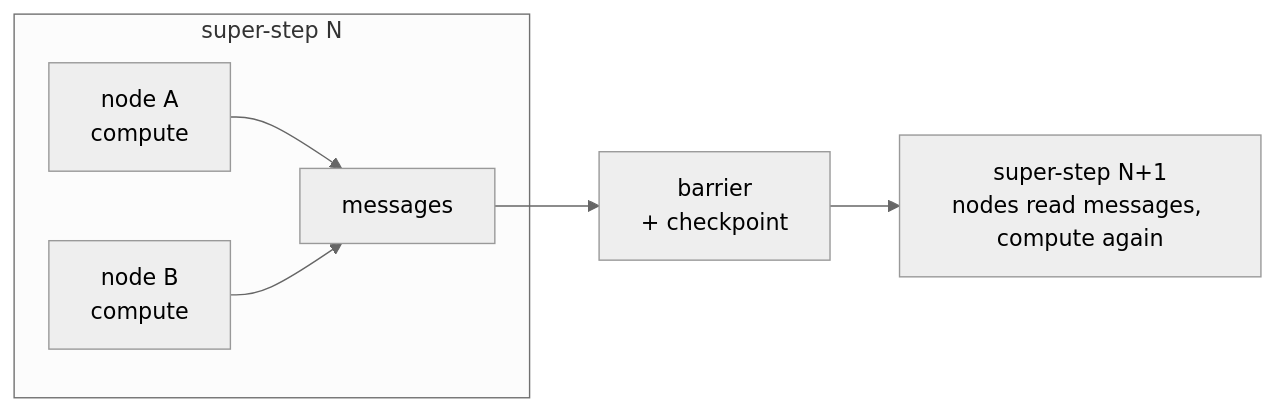
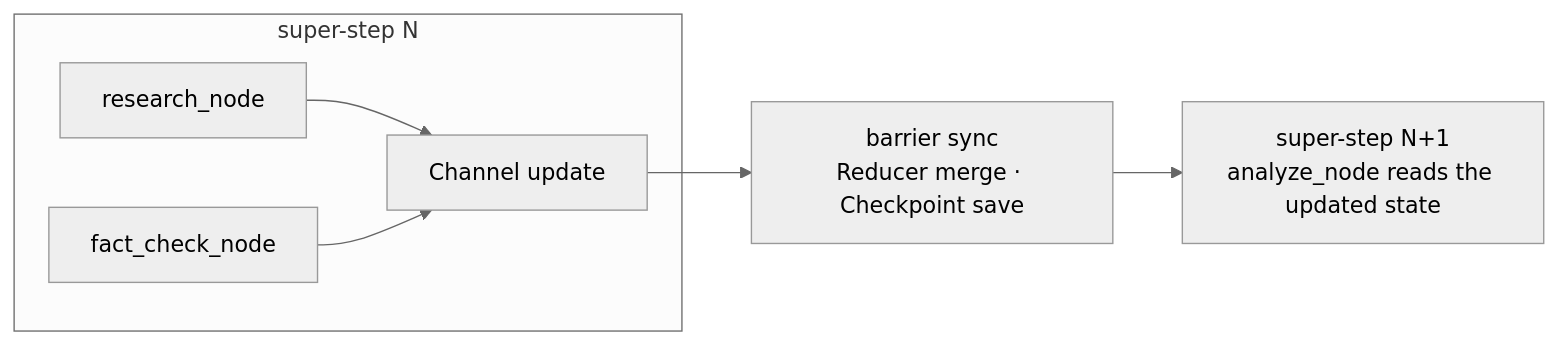
Before and after one commit to kukjun/blog: the diagram in src/content/blog/en/langgraph-pregel.md, drawn with Mermaid (neutral theme). The commit also changed other lines of this file and 1 other file, not shown here.

````diff
--- a/src/content/blog/en/langgraph-pregel.md
+++ b/src/content/blog/en/langgraph-pregel.md
@@ -36,9 +147,9 @@
 ```mermaid
 flowchart LR
   subgraph s1["super-step N"]
-    A1["node A<br/>compute"] --> AB["messages"]
-    B1["node B<br/>compute"] --> AB
+    A1["research_node"] --> CH["Channel update"]
+    B1["fact_check_node"] --> CH
   end
-  AB --> BAR["barrier<br/>+ checkpoint"]
-  BAR --> s2["super-step N+1<br/>nodes read messages, compute again"]
+  CH --> BAR["barrier sync<br/>Reducer merge · Checkpoint save"]
+  BAR --> s2["super-step N+1<br/>analyze_node reads the updated state"]
 ```
````
